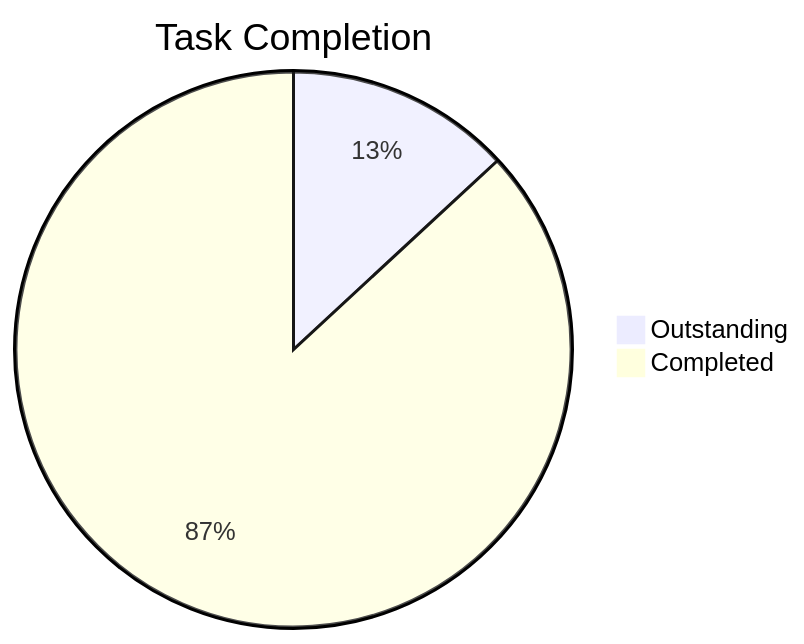
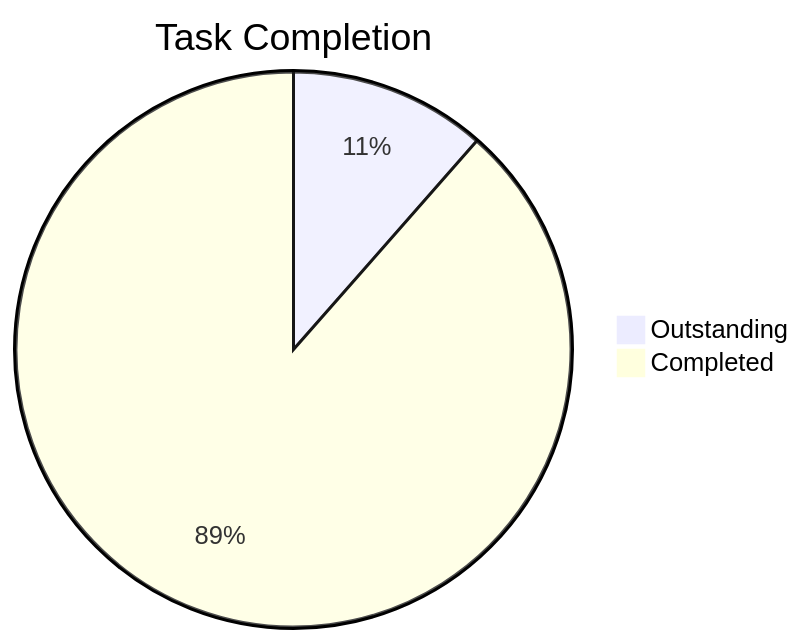
One commit to newportg/POC-EuroCRM changed the diagram in POC-EuroCRM-Vault/dashboard.md. Above: the diagram before and after it, drawn with Mermaid. The commit also changed other lines of this file and 15 other files, not shown here.

````diff
--- a/POC-EuroCRM-Vault/dashboard.md
+++ b/POC-EuroCRM-Vault/dashboard.md
@@ -5,5 +5,5 @@
 ```mermaid
 pie title Task Completion
-    "Outstanding" : 8
-    "Completed" : 53
+    "Outstanding" : 7
+    "Completed" : 54
 ```
````
